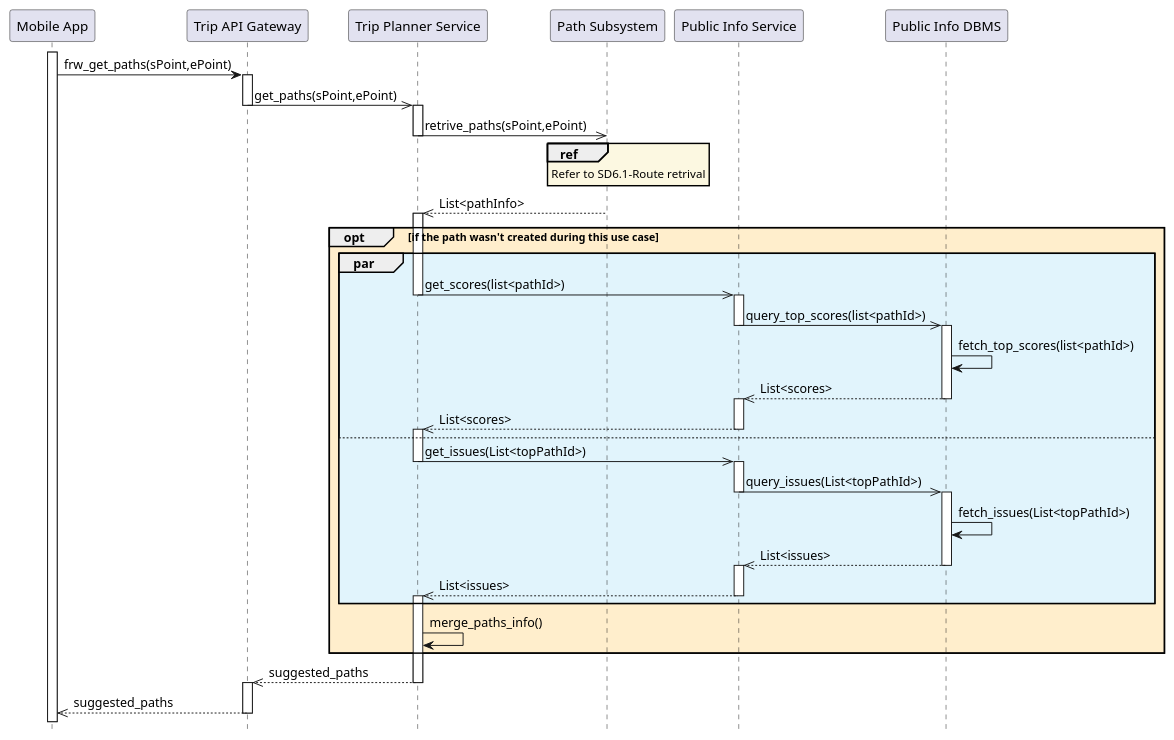
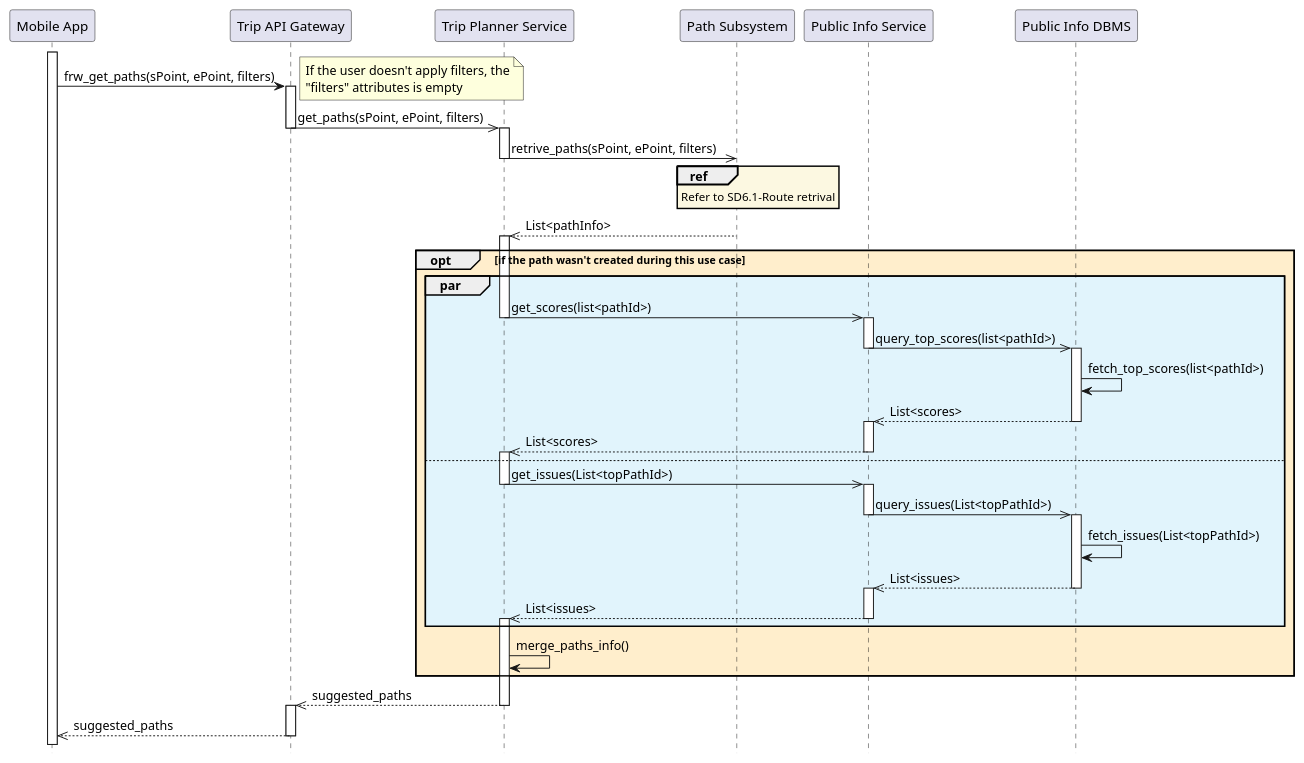
The diagram in diagrams/DD/sequenceDiagram/sd6_route_plannig.puml (Guflie/PoliMi-SWE2-RDD-project), drawn with PlantUML before and after one commit. The commit also changed 7 other files, not shown here.

```diff
--- a/diagrams/DD/sequenceDiagram/sd6_route_plannig.puml
+++ b/diagrams/DD/sequenceDiagram/sd6_route_plannig.puml
@@ -1,69 +1,73 @@
 @startuml sd6_route_planning
 ' Referes to UC6 and UC7
 hide footbox
 
 skinparam sequence {
     ReferenceBackgroundColor #fcf8e1
 }
 
 participant "Mobile App" as app
 participant "Trip API Gateway" as tapi
 participant "Trip Planner Service" as tb
 participant "Path Subsystem" as ps
 participant "Public Info Service" as pis
 participant "Public Info DBMS" as dbpi
 
 activate app
-app -> tapi : frw_get_paths(sPoint,ePoint)
+app -> tapi : frw_get_paths(sPoint, ePoint, filters)
+note right
+If the user doesn't apply filters, the
+"filters" attributes is empty
+end note
 activate tapi
-tapi ->> tb: get_paths(sPoint,ePoint)
+tapi ->> tb: get_paths(sPoint, ePoint, filters)
 deactivate tapi 
 activate tb
 
 ' 1st step - path retrival
-tb ->> ps : retrive_paths(sPoint,ePoint)
+tb ->> ps : retrive_paths(sPoint, ePoint, filters)
 deactivate tb
 ref over ps : Refer to SD6.1-Route retrival
 ps -->> tb : List<pathInfo>
 activate tb
 
 opt #ffeecc if the path wasn't created during this use case
     ' 2nd step - score retrival
     par #e1f4fc
         tb ->> pis : get_scores(list<pathId>)
         deactivate tb
         activate pis
         pis ->> dbpi : query_top_scores(list<pathId>)
         deactivate pis
         activate dbpi
         dbpi -> dbpi : fetch_top_scores(list<pathId>)
         dbpi -->> pis : List<scores>
         deactivate dbpi
         activate pis
         pis -->> tb : List<scores>
         deactivate pis
         activate tb
     else 
         tb ->> pis : get_issues(List<topPathId>)
         deactivate tb
         activate pis
         pis ->> dbpi : query_issues(List<topPathId>)
         deactivate pis
         activate dbpi
         dbpi -> dbpi : fetch_issues(List<topPathId>)
         dbpi -->> pis : List<issues>
         deactivate dbpi
         activate pis
         pis -->> tb : List<issues>
         deactivate pis
         activate tb
     end
 tb -> tb : merge_paths_info()
 end
 tb -->> tapi : suggested_paths
 deactivate tb
 activate tapi
 tapi -->> app : suggested_paths
 deactivate tapi
 
 @enduml
```
